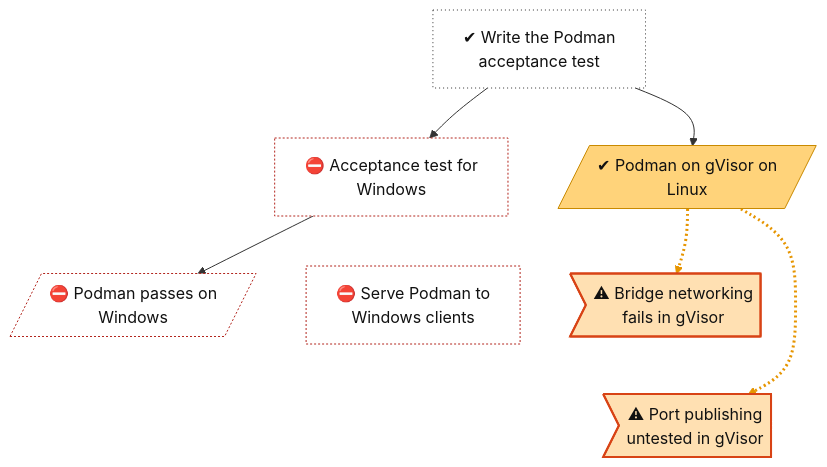
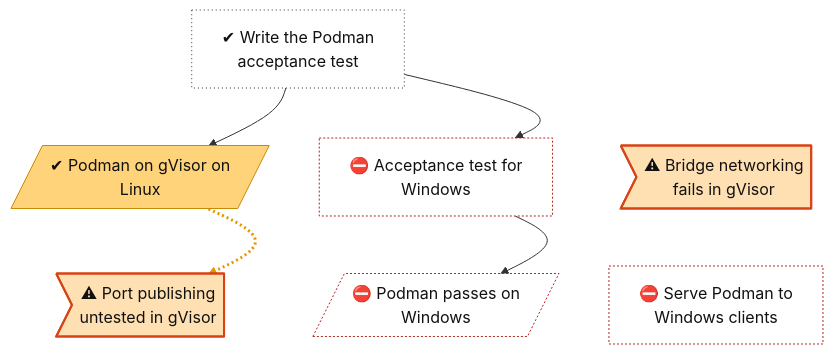
Before and after one commit to lhns/gvisor-windows: the diagram in docs/roadmap/tracks/workloads.md, drawn with Mermaid. The commit also changed 6 other files, not shown here.

````diff
--- a/docs/roadmap/tracks/workloads.md
+++ b/docs/roadmap/tracks/workloads.md
@@ -10,42 +10,39 @@
 ```mermaid
 flowchart TB
     workloads_acceptance_test["✔ Write the Podman<br/>acceptance test"]
     workloads_podman_on_gvisor_linux[/"✔ Podman on gVisor on<br/>Linux"/]
     workloads_acceptance_test_windows["⛔ Acceptance test for<br/>Windows"]
+    workloads_gvisor_bridge_netlink>"⚠ Bridge networking<br/>fails in gVisor"]
+    workloads_gvisor_port_publishing>"⚠ Port publishing<br/>untested in gVisor"]
     workloads_podman_on_windows[/"⛔ Podman passes on<br/>Windows"/]
     workloads_podman_harness["⛔ Serve Podman to<br/>Windows clients"]
-    workloads_gvisor_bridge_netlink>"⚠ Bridge networking<br/>fails in gVisor"]
-    workloads_gvisor_port_publishing>"⚠ Port publishing<br/>untested in gVisor"]
     workloads_acceptance_test ~~~ workloads_podman_on_gvisor_linux
     workloads_acceptance_test ~~~ workloads_acceptance_test_windows
-    workloads_podman_on_gvisor_linux ~~~ workloads_podman_on_windows
-    workloads_acceptance_test_windows ~~~ workloads_podman_harness
-    workloads_acceptance_test_windows ~~~ workloads_gvisor_bridge_netlink
-    workloads_podman_on_windows ~~~ workloads_gvisor_port_publishing
-    workloads_podman_harness ~~~ workloads_gvisor_port_publishing
-    workloads_gvisor_bridge_netlink ~~~ workloads_gvisor_port_publishing
+    workloads_acceptance_test ~~~ workloads_gvisor_bridge_netlink
+    workloads_podman_on_gvisor_linux ~~~ workloads_gvisor_port_publishing
+    workloads_acceptance_test_windows ~~~ workloads_podman_on_windows
+    workloads_gvisor_bridge_netlink ~~~ workloads_podman_harness
     workloads_acceptance_test --> workloads_podman_on_gvisor_linux
-    workloads_podman_on_gvisor_linux -.-> workloads_gvisor_bridge_netlink
     workloads_podman_on_gvisor_linux -.-> workloads_gvisor_port_publishing
     workloads_acceptance_test --> workloads_acceptance_test_windows
     workloads_acceptance_test_windows --> workloads_podman_on_windows
-    linkStyle 9,10 stroke:#e69500,stroke-width:3px,stroke-dasharray:2 3
+    linkStyle 7 stroke:#e69500,stroke-width:3px,stroke-dasharray:2 3
     classDef vsucc fill:#2e9e4f,stroke:#1b6b34,color:#fff
     classDef succ fill:#bfe8c8,stroke:#2e9e4f,color:#111
     classDef mixed fill:#ffd37a,stroke:#c98a00,color:#111
     classDef bad fill:#f28b82,stroke:#b3261e,color:#111
     classDef dead fill:#e6e6e6,stroke:#777,stroke-dasharray:5 5,color:#555
     classDef inprog fill:#a8cdf5,stroke:#1f6fc5,color:#111
     classDef next fill:#fff,stroke:#333,color:#111
     classDef blocked fill:#fff,stroke:#b3261e,stroke-dasharray:2 2,color:#111
     classDef parked fill:#f3f3f3,stroke:#999,color:#555
     classDef unrated fill:#fff,stroke:#333,stroke-dasharray:1 3,color:#111
     classDef gate fill:#d9c2f0,stroke:#7b3fb5,color:#111
     classDef decided fill:#ece0f7,stroke:#7b3fb5,stroke-dasharray:2 2,color:#111
     classDef finding fill:#ffe0b2,stroke:#d84315,stroke-width:2px,color:#111
     classDef waiting fill:#e3f2fd,stroke:#1f6fc5,stroke-dasharray:5 5,color:#111
     class workloads_acceptance_test unrated
     class workloads_podman_on_gvisor_linux mixed
     class workloads_acceptance_test_windows,workloads_podman_on_windows,workloads_podman_harness blocked
     class workloads_gvisor_bridge_netlink,workloads_gvisor_port_publishing finding
 ```
````
